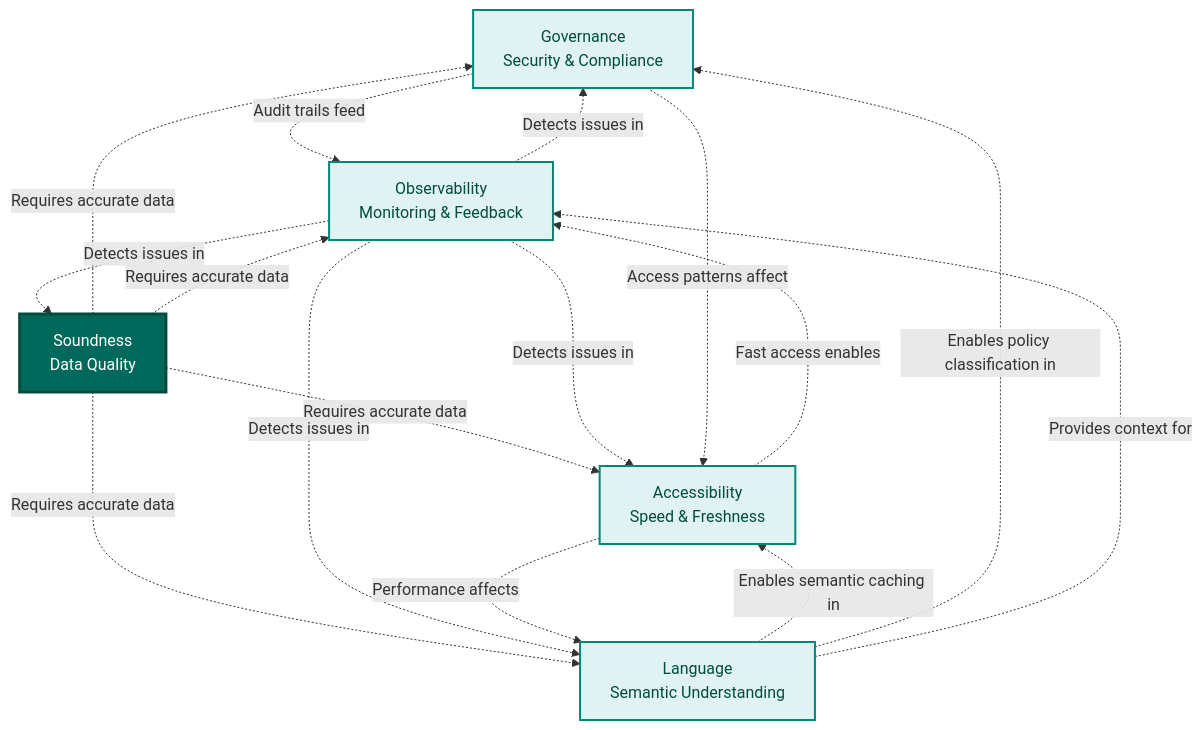
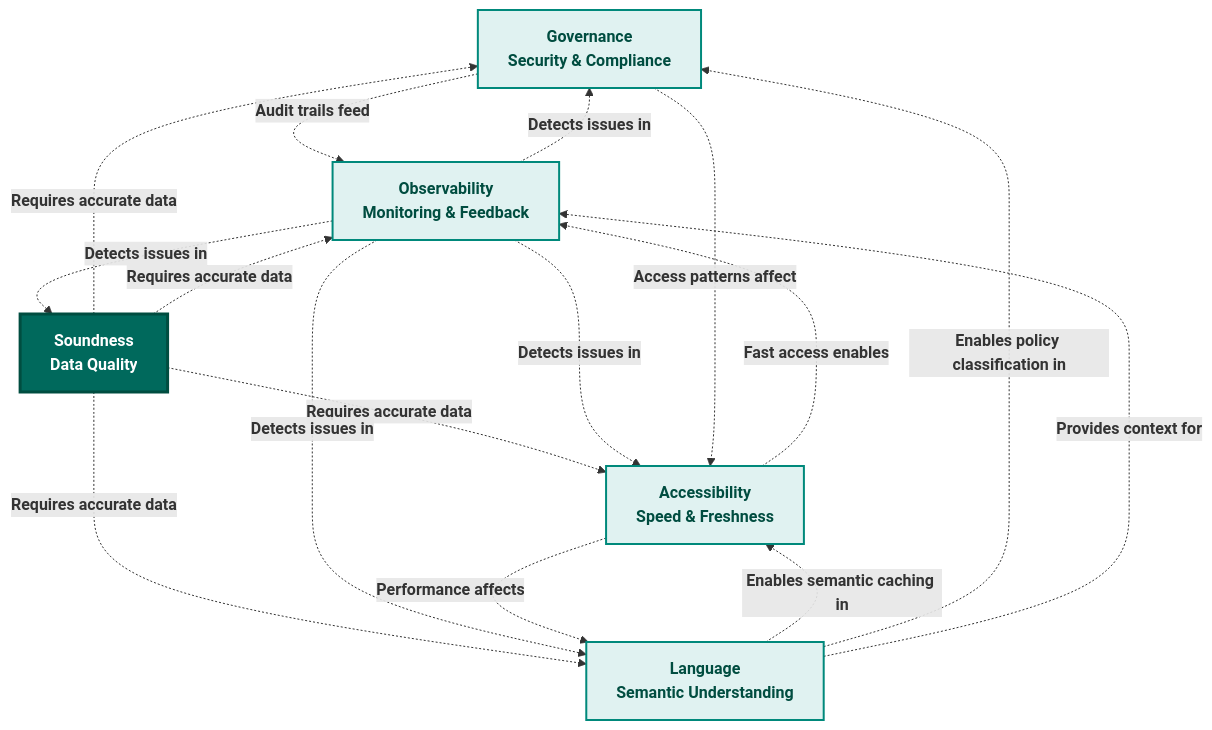
The ninth of 11 diagrams in chapter-02/chapter_2_complete.md (colaberry/enterprise-data-readiness-ai-agents), drawn with Mermaid before and after one commit. The commit also changed other lines of this file and 1 other file, not shown here.

````diff
--- a/chapter-02/chapter_2_complete.md
+++ b/chapter-02/chapter_2_complete.md
@@ -1519,39 +1475,39 @@
 ```mermaid
 graph TB
-    G["Governance
-    Security & Compliance"]
-    O["Observability
-    Monitoring & Feedback"]
-    A["Accessibility
-    Speed & Freshness"]
-    L["Language
-    Semantic Understanding"]
-    S["Soundness
-    Data Quality"]
+    G["<b>Governance
+    Security & Compliance</b>"]
+    O["<b>Observability
+    Monitoring & Feedback</b>"]
+    A["<b>Accessibility
+    Speed & Freshness</b>"]
+    L["<b>Language
+    Semantic Understanding</b>"]
+    S["<b>Soundness
+    Data Quality</b>"]
     
-    S -.->|Requires accurate data| G
-    S -.->|Requires accurate data| O
-    S -.->|Requires accurate data| A
-    S -.->|Requires accurate data| L
+    S -.->|<b>Requires accurate data</b>| G
+    S -.->|<b>Requires accurate data</b>| O
+    S -.->|<b>Requires accurate data</b>| A
+    S -.->|<b>Requires accurate data</b>| L
     
-    O -.->|Detects issues in| G
-    O -.->|Detects issues in| A
-    O -.->|Detects issues in| L
-    O -.->|Detects issues in| S
+    O -.->|<b>Detects issues in</b>| G
+    O -.->|<b>Detects issues in</b>| A
+    O -.->|<b>Detects issues in</b>| L
+    O -.->|<b>Detects issues in</b>| S
     
-    L -.->|Enables semantic caching in| A
-    L -.->|Enables policy classification in| G
-    L -.->|Provides context for| O
+    L -.->|<b>Enables semantic caching in</b>| A
+    L -.->|<b>Enables policy classification in</b>| G
+    L -.->|<b>Provides context for</b>| O
     
-    A -.->|Fast access enables| O
-    A -.->|Performance affects| L
+    A -.->|<b>Fast access enables</b>| O
+    A -.->|<b>Performance affects</b>| L
     
-    G -.->|Audit trails feed| O
-    G -.->|Access patterns affect| A
+    G -.->|<b>Audit trails feed</b>| O
+    G -.->|<b>Access patterns affect</b>| A
     
     style G fill:#e0f2f1,stroke:#00897b,stroke-width:2px,color:#004d40
     style O fill:#e0f2f1,stroke:#00897b,stroke-width:2px,color:#004d40
     style A fill:#e0f2f1,stroke:#00897b,stroke-width:2px,color:#004d40
     style L fill:#e0f2f1,stroke:#00897b,stroke-width:2px,color:#004d40
     style S fill:#00695c,color:#ffffff,stroke:#004d40,stroke-width:3px
 ```
````
